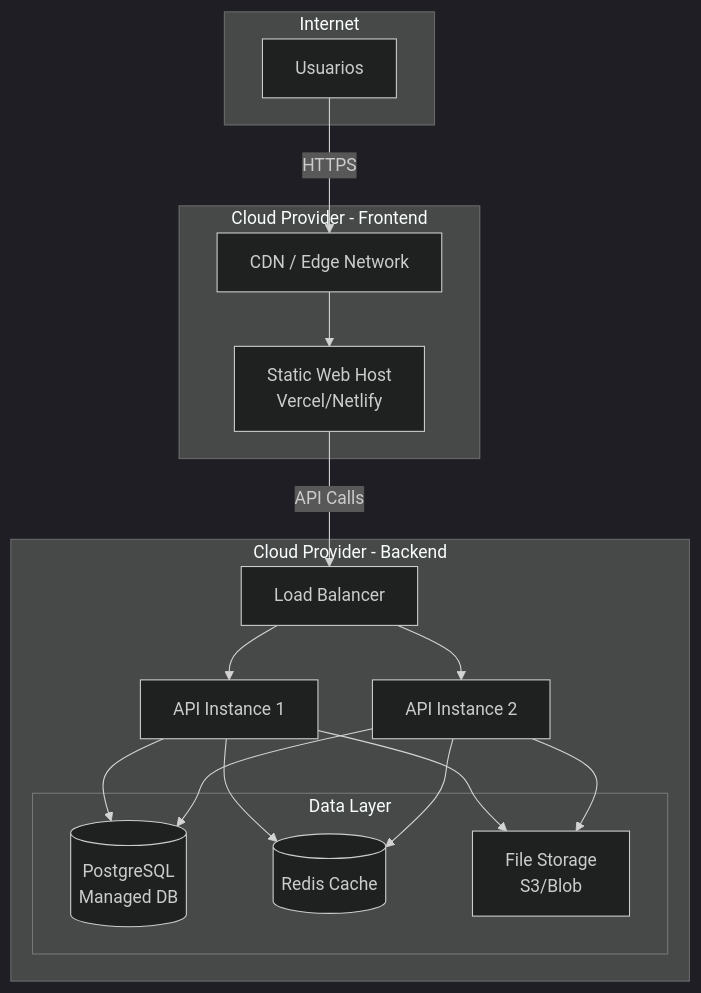
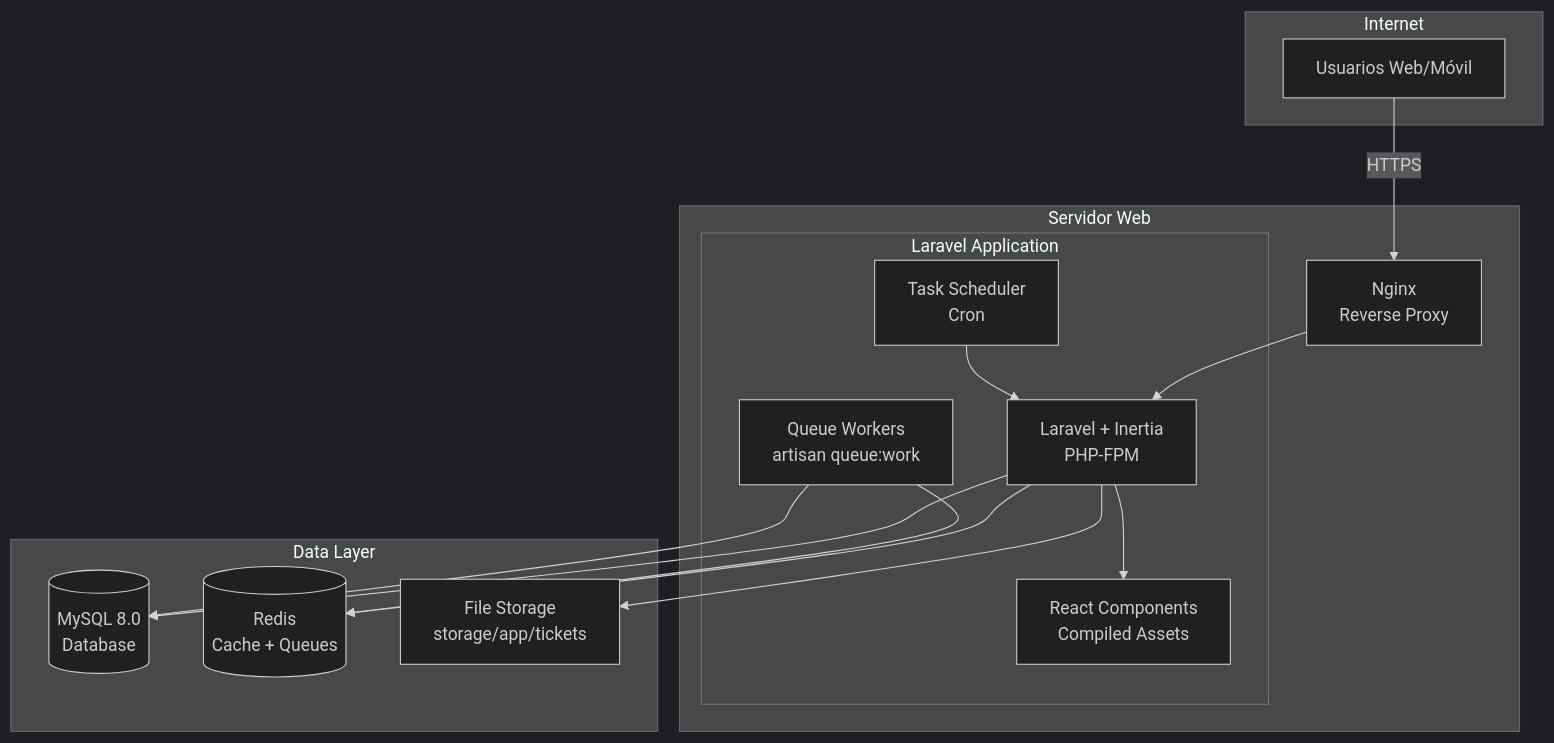
Before and after one commit to cristoferscalante/sena_soft_2025: the fifth of 5 diagrams in doc/arquitectura_diagrama.md, drawn with Mermaid (dark theme). The commit also changed other lines of this file, not shown here.

````diff
--- a/doc/arquitectura_diagrama.md
+++ b/doc/arquitectura_diagrama.md
@@ -461,37 +1035,33 @@
 ```mermaid
 graph TB
     subgraph "Internet"
-        User[Usuarios]
+        User[Usuarios Web/Móvil]
     end
     
-    subgraph "Cloud Provider - Frontend"
-        CDN[CDN / Edge Network]
-        StaticHost[Static Web Host<br/>Vercel/Netlify]
-    end
-    
-    subgraph "Cloud Provider - Backend"
-        LB[Load Balancer]
-        API1[API Instance 1]
-        API2[API Instance 2]
+    subgraph "Servidor Web"
+        Nginx[Nginx<br/>Reverse Proxy]
         
-        subgraph "Data Layer"
-            PG[(PostgreSQL<br/>Managed DB)]
-            Redis[(Redis Cache)]
-            S3[File Storage<br/>S3/Blob]
+        subgraph "Laravel Application"
+            LaravelApp[Laravel + Inertia<br/>PHP-FPM]
+            ReactPages[React Components<br/>Compiled Assets]
+            Queue[Queue Workers<br/>artisan queue:work]
+            Scheduler[Task Scheduler<br/>Cron]
         end
     end
     
-    User -->|HTTPS| CDN
-    CDN --> StaticHost
-    StaticHost -->|API Calls| LB
-    LB --> API1
-    LB --> API2
+    subgraph "Data Layer"
+        MySQL[(MySQL 8.0<br/>Database)]
+        Redis[(Redis<br/>Cache + Queues)]
+        Storage[File Storage<br/>storage/app/tickets]
+    end
     
-    API1 --> PG
-    API1 --> Redis
-    API1 --> S3
-    
-    API2 --> PG
-    API2 --> Redis
-    API2 --> S3
+    User -->|HTTPS| Nginx
+    Nginx --> LaravelApp
+    LaravelApp --> ReactPages
+    LaravelApp --> MySQL
+    LaravelApp --> Redis
+    LaravelApp --> Storage
+    Queue --> MySQL
+    Queue --> Redis
+    Scheduler --> LaravelApp
 ```
````
